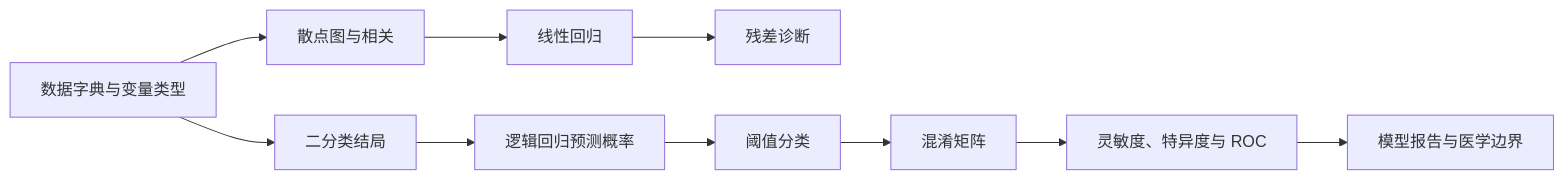
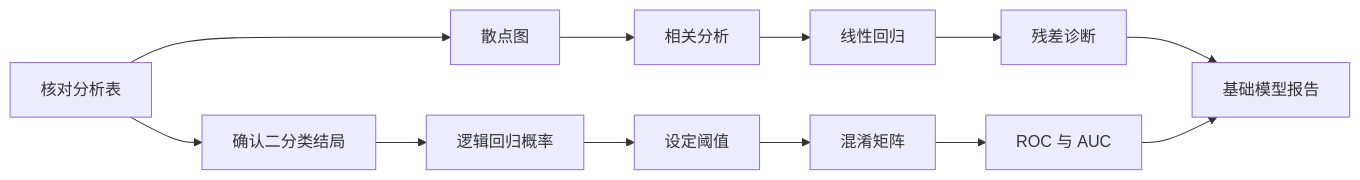
Before and after one commit to luvega/AI_MED_DataVis: the first of 3 diagrams in docs/chapters/chapter-9/index.md, drawn with Mermaid. The commit also changed other lines of this file and 84 other files, not shown here.

````diff
--- a/docs/chapters/chapter-9/index.md
+++ b/docs/chapters/chapter-9/index.md
@@ -49,12 +30,14 @@
 ```mermaid
 flowchart LR
-  A["数据字典与变量类型"] --> B["散点图与相关"]
-  B --> C["线性回归"]
-  C --> D["残差诊断"]
-  A --> E["二分类结局"]
-  E --> F["逻辑回归预测概率"]
-  F --> G["阈值分类"]
-  G --> H["混淆矩阵"]
-  H --> I["灵敏度、特异度与 ROC"]
-  I --> J["模型报告与医学边界"]
+  A["核对分析表"] --> B["散点图"]
+  B --> C["相关分析"]
+  C --> D["线性回归"]
+  D --> E["残差诊断"]
+  A --> F["确认二分类结局"]
+  F --> G["逻辑回归概率"]
+  G --> H["设定阈值"]
+  H --> I["混淆矩阵"]
+  I --> J["ROC 与 AUC"]
+  E --> K["基础模型报告"]
+  J --> K
 ```
````
